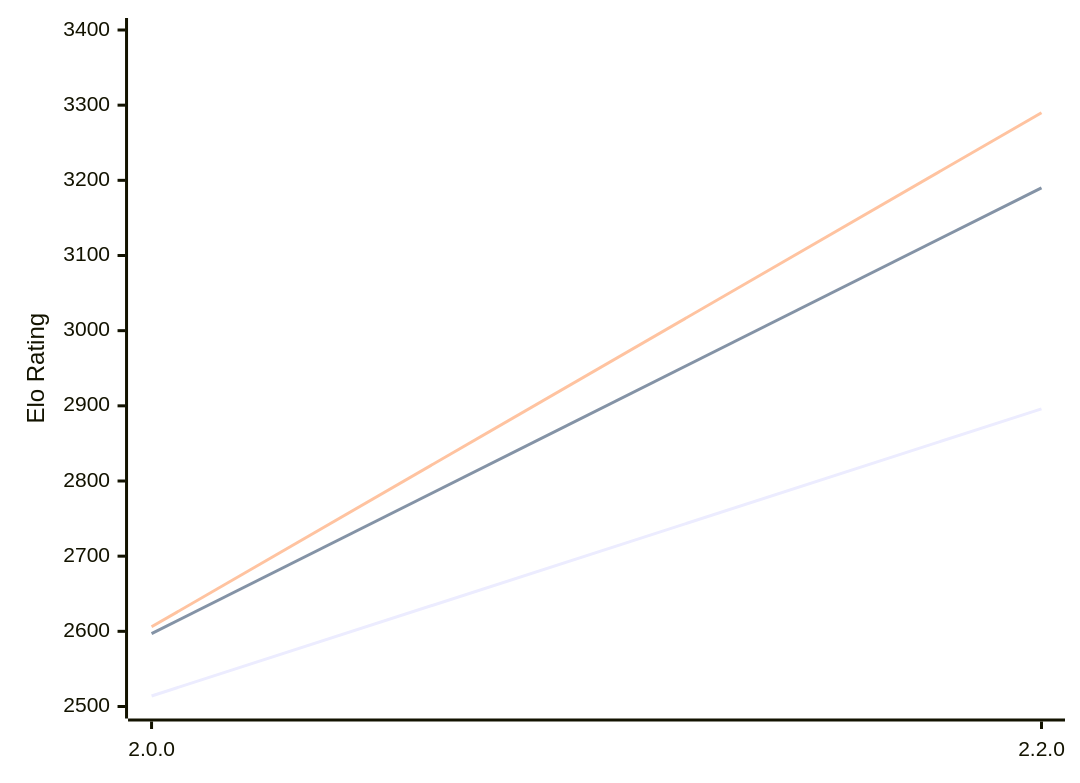
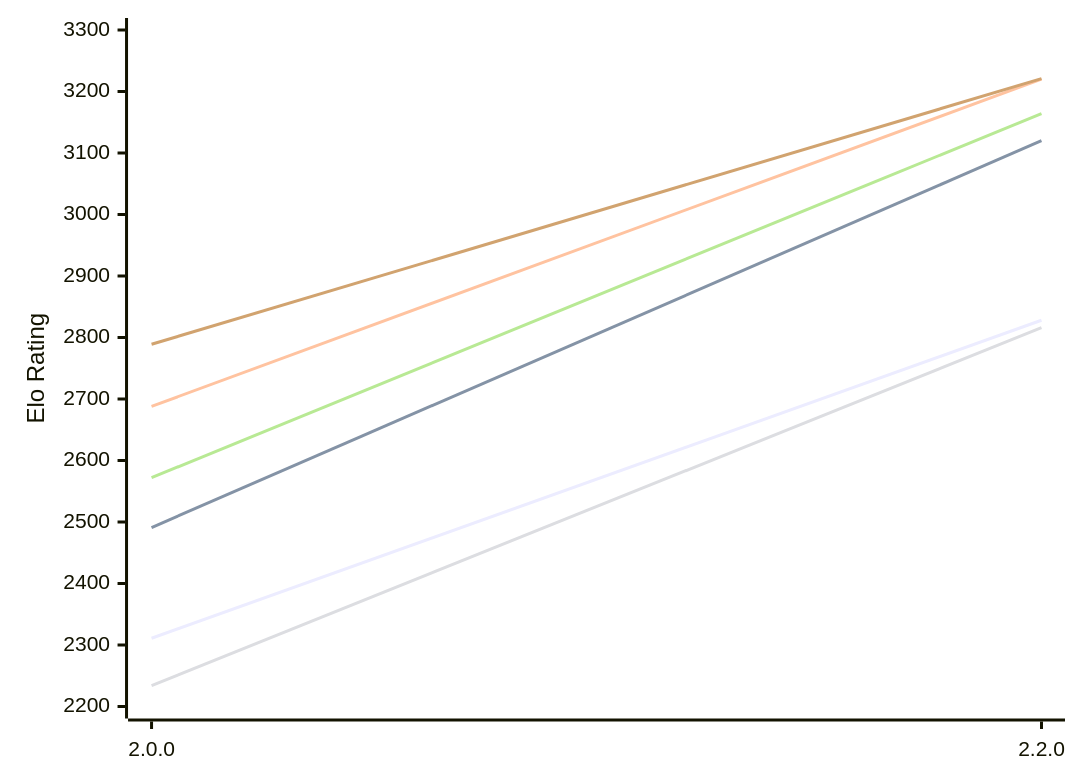
Before and after one commit to computer-chess-index/cci: the first of 2 diagrams in engines/SoloEngine.md, drawn with Mermaid. The commit also changed other lines of this file, not shown here.

Commit message:
Update CCI Ratings (ELO VLTC) - 2026-11-13

````diff
--- a/engines/SoloEngine.md
+++ b/engines/SoloEngine.md
@@ -55,12 +55,12 @@
 ```mermaid
 %%{init: {"theme":"base","themeVariables":{"seriesColors:['#a3a3a3','#222221','#faa371']}}}%%
 xychart-beta
   x-axis ["2.0.0", "2.2.0"]
-  y-axis "Elo Rating" 2500 --> 3400
-  line "E1: STC (8.0+0.08s)" [2514, 2896]
-  line "E1: LTC (60.0+0.60s)" [2597, 3190]
-  line "E1: VLTC (2m24s+1.12s)" [2606, 3290]
-  line "P1: STC (8.0+0.08s)" [2982]
-  line "P1: LTC (60.0+0.60s)" [3330]
-  line "P1: VLTC (2m24s+1.12s)" [3389]
+  y-axis "Elo Rating" 2200 --> 3300
+  line "E1: STC (8.0+0.08s)" [2311, 2828]
+  line "E1: LTC (60.0+0.60s)" [2491, 3120]
+  line "E1: VLTC (2m24s+1.12s)" [2688, 3220]
+  line "P1: STC (8.0+0.08s)" [2234, 2816]
+  line "P1: LTC (60.0+0.60s)" [2572, 3164]
+  line "P1: VLTC (2m24s+1.12s)" [2789, 3221]
 ```
````
